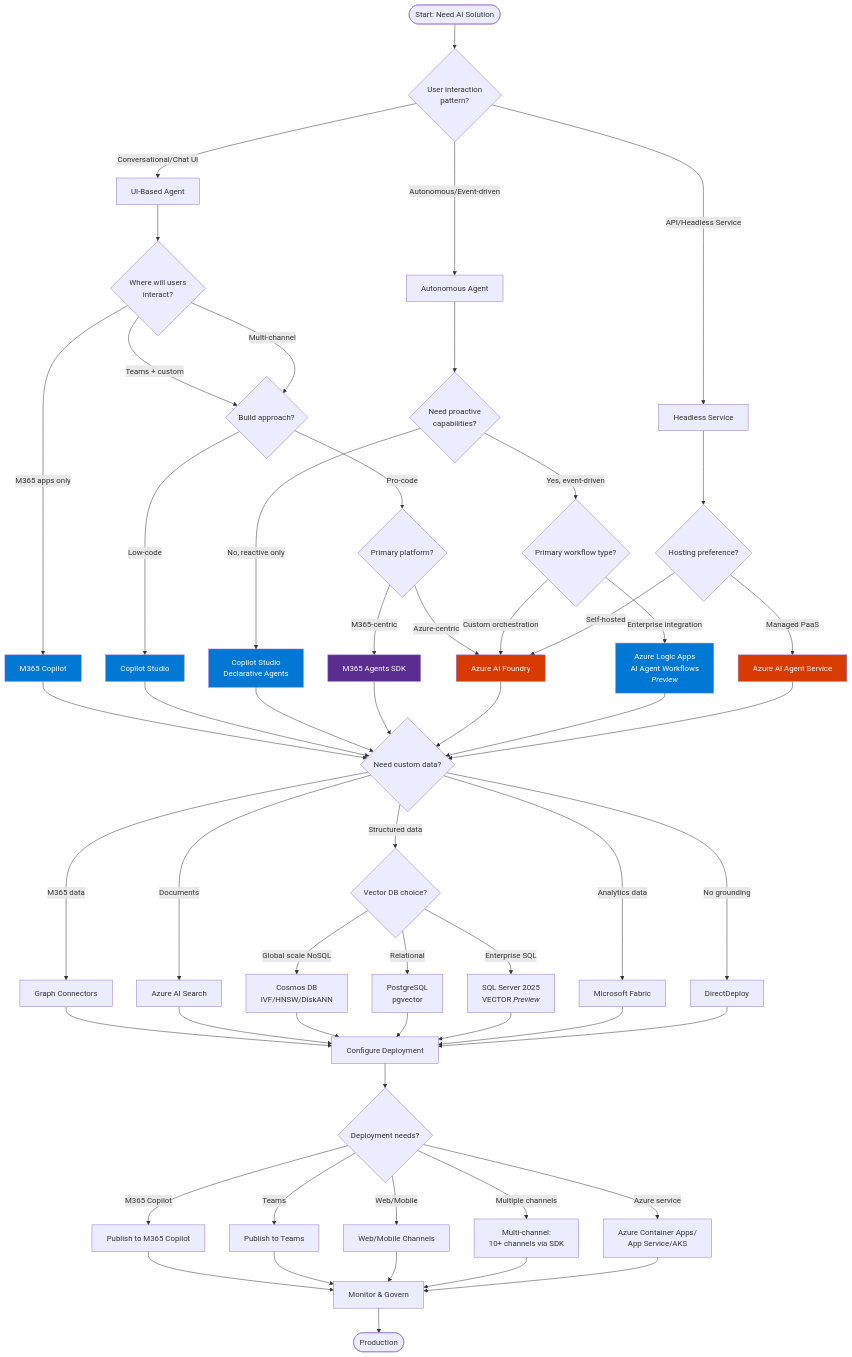
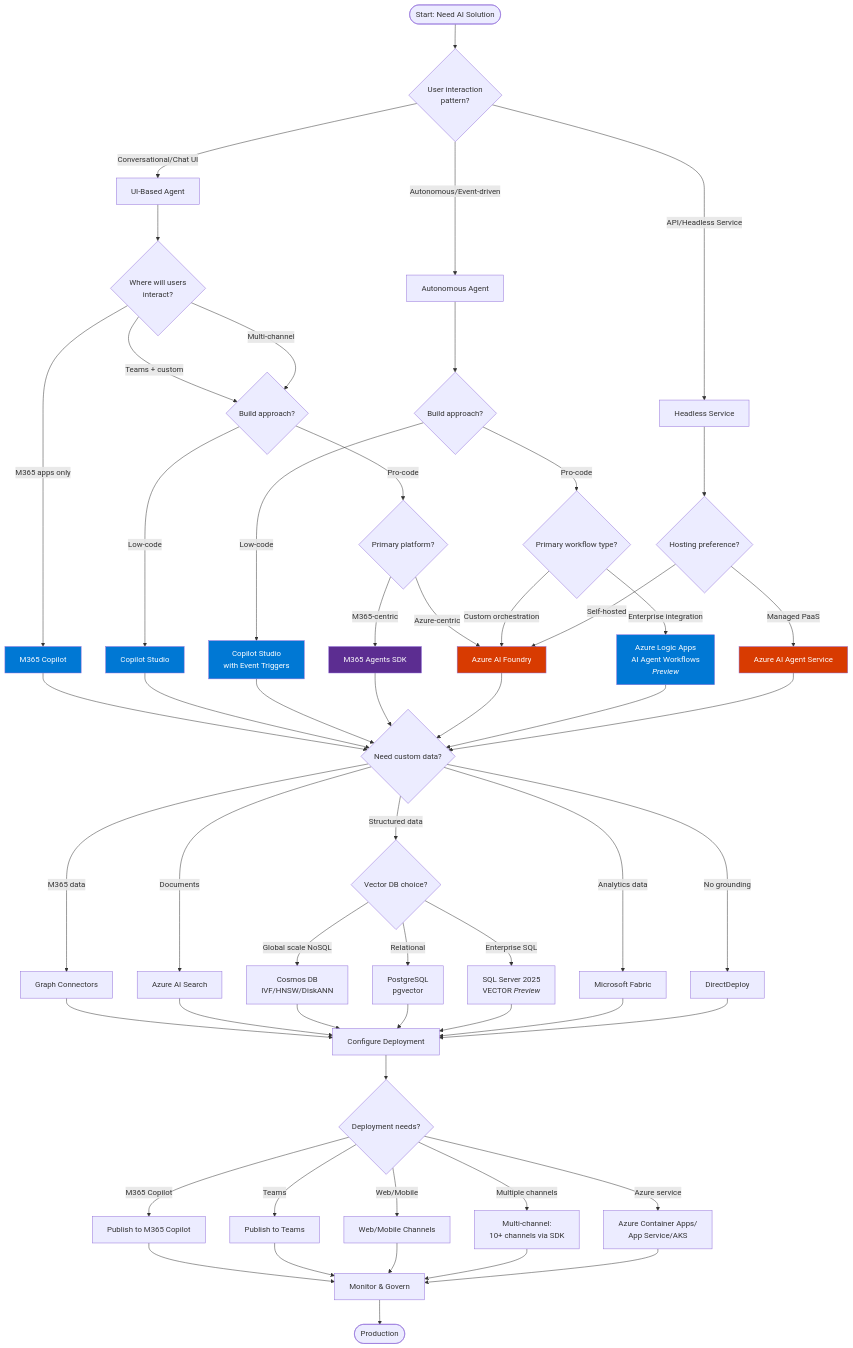
Before and after one commit to ChrisMcKee1/microsoft-ai-decision-tree: the first of 7 diagrams in docs/visual-framework.md, drawn with Mermaid. The commit also changed other lines of this file and 2 other files, not shown here.

````diff
--- a/docs/visual-framework.md
+++ b/docs/visual-framework.md
@@ -39,79 +38,79 @@
 ```mermaid
 flowchart TD
     Start([Start: Need AI Solution]) --> Q1{User interaction<br/>pattern?}
     
     Q1 -->|Conversational/Chat UI| UI_Path[UI-Based Agent]
     Q1 -->|Autonomous/Event-driven| Auto_Path[Autonomous Agent]
     Q1 -->|API/Headless Service| API_Path[Headless Service]
     
     UI_Path --> Q2{Where will users<br/>interact?}
     Q2 -->|M365 apps only| M365[M365 Copilot]
     Q2 -->|Teams + custom| Q3{Build approach?}
     Q2 -->|Multi-channel| Q3
     
     Q3 -->|Low-code| Studio[Copilot Studio]
     Q3 -->|Pro-code| Q4{Primary platform?}
     
     Q4 -->|M365-centric| SDK[M365 Agents SDK]
     Q4 -->|Azure-centric| Foundry[Azure AI Foundry]
     
-    Auto_Path --> Q5{Need proactive<br/>capabilities?}
-    Q5 -->|No, reactive only| Studio_Declarative[Copilot Studio<br/>Declarative Agents]
-    Q5 -->|Yes, event-driven| Q6{Primary workflow type?}
+    Auto_Path --> Q5{Build approach?}
+    Q5 -->|Low-code| StudioAuto[Copilot Studio<br/>with Event Triggers]
+    Q5 -->|Pro-code| Q6{Primary workflow type?}
     
     Q6 -->|Enterprise integration| LogicApps[Azure Logic Apps<br/>AI Agent Workflows<br/><i>Preview</i>]
     Q6 -->|Custom orchestration| Foundry
     
     API_Path --> Q7{Hosting preference?}
     Q7 -->|Managed PaaS| AgentService[Azure AI Agent Service]
     Q7 -->|Self-hosted| Foundry
     
     M365 --> DataQ{Need custom data?}
     Studio --> DataQ
-    Studio_Declarative --> DataQ
+    StudioAuto --> DataQ
     SDK --> DataQ
     Foundry --> DataQ
     LogicApps --> DataQ
     AgentService --> DataQ
     
     DataQ -->|M365 data| GraphConn[Graph Connectors]
     DataQ -->|Documents| AISearch[Azure AI Search]
     DataQ -->|Structured data| VectorDB{Vector DB choice?}
     DataQ -->|Analytics data| Fabric[Microsoft Fabric]
     DataQ -->|No grounding| DirectDeploy
     
     VectorDB -->|Global scale NoSQL| CosmosDB[Cosmos DB<br/>IVF/HNSW/DiskANN]
     VectorDB -->|Relational| PostgreSQL[PostgreSQL<br/>pgvector]
     VectorDB -->|Enterprise SQL| SQLServer[SQL Server 2025<br/>VECTOR <i>Preview</i>]
     
     GraphConn --> DeployConfig
     AISearch --> DeployConfig
     CosmosDB --> DeployConfig
     PostgreSQL --> DeployConfig
     SQLServer --> DeployConfig
     Fabric --> DeployConfig
     DirectDeploy --> DeployConfig
     
     DeployConfig[Configure Deployment] --> Q8{Deployment needs?}
     Q8 -->|M365 Copilot| Deploy_M365[Publish to M365 Copilot]
     Q8 -->|Teams| Deploy_Teams[Publish to Teams]
     Q8 -->|Web/Mobile| Deploy_Web[Web/Mobile Channels]
     Q8 -->|Multiple channels| Deploy_Multi[Multi-channel:<br/>10+ channels via SDK]
     Q8 -->|Azure service| Deploy_Azure[Azure Container Apps/<br/>App Service/AKS]
     
     Deploy_M365 --> Monitor[Monitor & Govern]
     Deploy_Teams --> Monitor
     Deploy_Web --> Monitor
     Deploy_Multi --> Monitor
     Deploy_Azure --> Monitor
     
     Monitor --> End([Production])
     
     style M365 fill:#0078D4,color:#fff
     style Studio fill:#0078D4,color:#fff
-    style Studio_Declarative fill:#0078D4,color:#fff
+    style StudioAuto fill:#0078D4,color:#fff
     style SDK fill:#5C2D91,color:#fff
     style Foundry fill:#D83B01,color:#fff
     style LogicApps fill:#0078D4,color:#fff
     style AgentService fill:#D83B01,color:#fff
 ```
````
